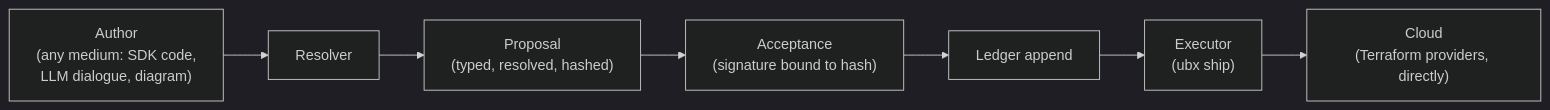
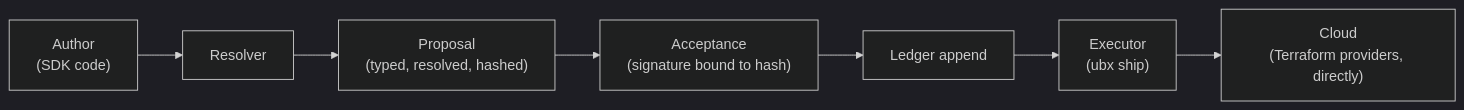
The diagram in architecture.mdx (Ubiquex/ubiquex-internals), drawn with Mermaid (dark theme) before and after one commit. The commit also changed other lines of this file and 4 other files, not shown here.

First line of the commit message:
docs: UBI-224, the SDK is the only authoring medium now

````diff
--- a/architecture.mdx
+++ b/architecture.mdx
@@ -11,9 +11,9 @@
 ```mermaid
 flowchart LR
-    A["Author<br/>(any medium: SDK code,<br/>LLM dialogue, diagram)"] --> B["Resolver"]
+    A["Author<br/>(SDK code)"] --> B["Resolver"]
     B --> C["Proposal<br/>(typed, resolved, hashed)"]
     C --> D["Acceptance<br/>(signature bound to hash)"]
     D --> E["Ledger append"]
     E --> F["Executor<br/>(ubx ship)"]
     F --> G["Cloud<br/>(Terraform providers, directly)"]
 ```
````
